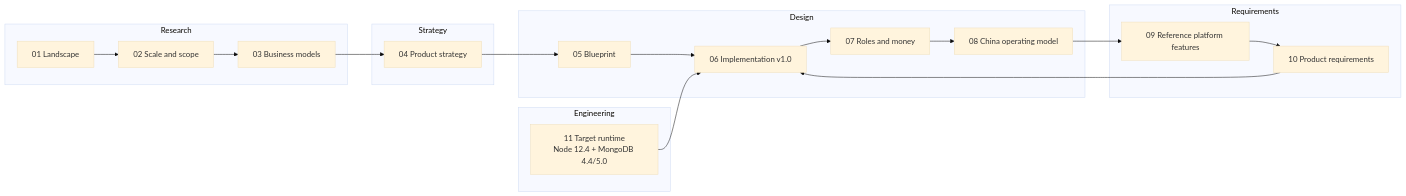
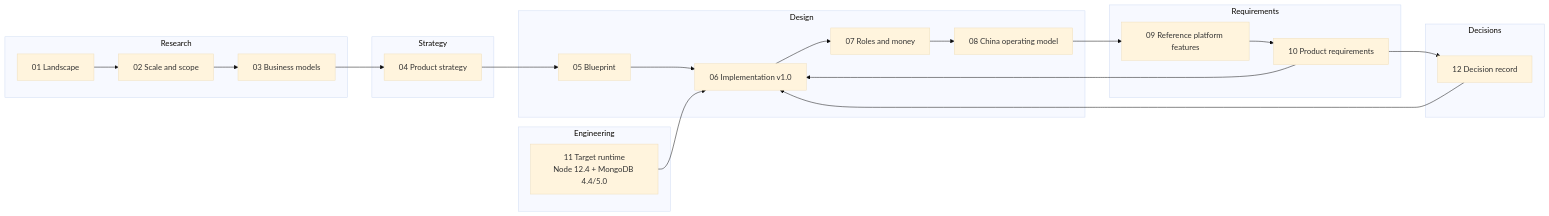
The diagram in README.md (greensoft-atom/tex-platform), drawn with Mermaid (base theme) before and after one commit. The commit also changed other lines of this file and 130 other files, not shown here.

````diff
--- a/README.md
+++ b/README.md
@@ -48,24 +49,29 @@
 ```mermaid
 flowchart LR
     subgraph Research
         D01["01 Landscape"] --> D02["02 Scale and scope"] --> D03["03 Business models"]
     end
     subgraph Strategy
         D04["04 Product strategy"]
     end
     subgraph Design
         D05["05 Blueprint"] --> D06["06 Implementation v1.0"]
         D07["07 Roles and money"] --> D08["08 China operating model"]
     end
     subgraph Requirements
         D09["09 Reference platform features"] --> D10["10 Product requirements"]
     end
     subgraph Engineering
         D11["11 Target runtime<br/>Node 12.4 + MongoDB 4.4/5.0"]
     end
+    subgraph Decisions
+        D12["12 Decision record"]
+    end
     D03 --> D04 --> D05
     D06 --> D07
     D08 --> D09
     D10 --> D06
     D11 --> D06
+    D10 --> D12
+    D12 --> D06
 ```
````
